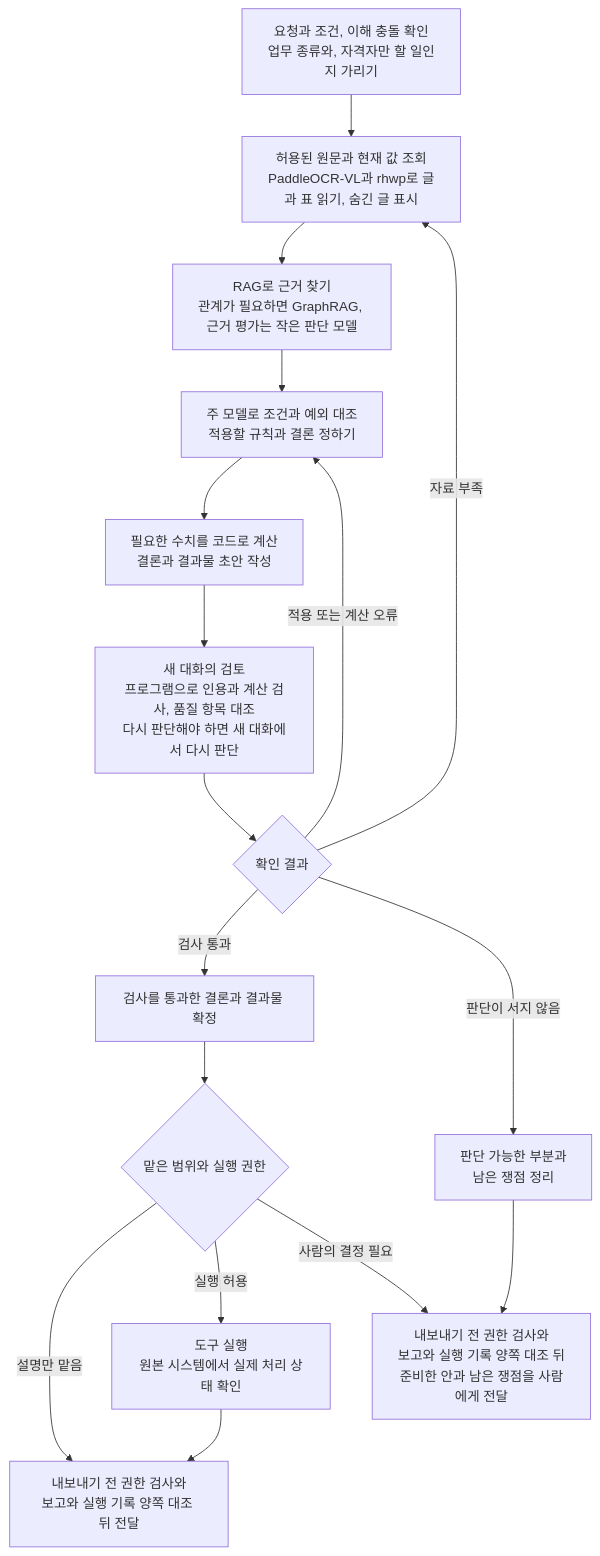
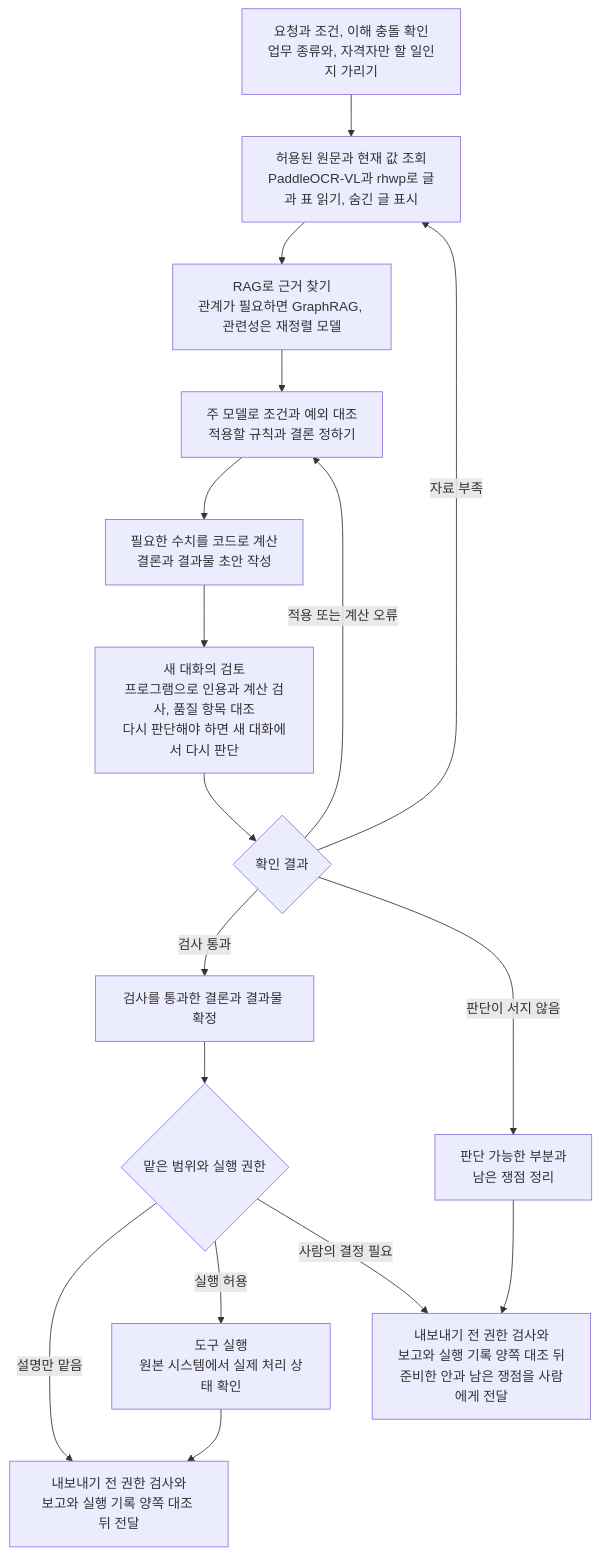
One commit to harisbaguette/expert changed the diagram in 전문 판단의 신뢰성.md. Above: the diagram before and after it, drawn with Mermaid. The commit also changed other lines of this file and 1 other file, not shown here.

````diff
--- a/전문 판단의 신뢰성.md
+++ b/전문 판단의 신뢰성.md
@@ -895,19 +894,19 @@
 ```mermaid
 flowchart TB
     A[요청과 조건, 이해 충돌 확인<br/>업무 종류와, 자격자만 할 일인지 가리기] --> B[허용된 원문과 현재 값 조회<br/>PaddleOCR-VL과 rhwp로 글과 표 읽기, 숨긴 글 표시]
-    B --> C[RAG로 근거 찾기<br/>관계가 필요하면 GraphRAG, 근거 평가는 작은 판단 모델]
+    B --> C[RAG로 근거 찾기<br/>관계가 필요하면 GraphRAG, 관련성은 재정렬 모델]
     C --> D[주 모델로 조건과 예외 대조<br/>적용할 규칙과 결론 정하기]
     D --> E[필요한 수치를 코드로 계산<br/>결론과 결과물 초안 작성]
     E --> F[새 대화의 검토<br/>프로그램으로 인용과 계산 검사, 품질 항목 대조<br/>다시 판단해야 하면 새 대화에서 다시 판단]
     F --> G{확인 결과}
     G -->|자료 부족| B
     G -->|적용 또는 계산 오류| D
     G -->|검사 통과| H[검사를 통과한 결론과 결과물 확정]
     G -->|판단이 서지 않음| I[판단 가능한 부분과<br/>남은 쟁점 정리]
     H --> J{맡은 범위와 실행 권한}
     J -->|설명만 맡음| L[내보내기 전 권한 검사와<br/>보고와 실행 기록 양쪽 대조 뒤 전달]
     J -->|실행 허용| K[도구 실행<br/>원본 시스템에서 실제 처리 상태 확인]
     J -->|사람의 결정 필요| M[내보내기 전 권한 검사와<br/>보고와 실행 기록 양쪽 대조 뒤<br/>준비한 안과 남은 쟁점을 사람에게 전달]
     K --> L
     I --> M
 ```
````
